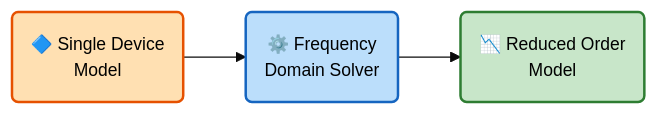
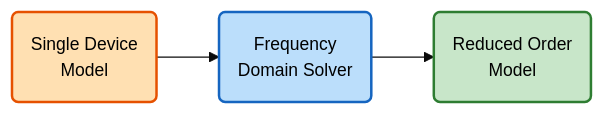
One commit to Dark-Elektron/cavsim3d changed the first of 6 diagrams in docs/architecture.md. Above: the diagram before and after it, drawn with Mermaid. The commit also changed other lines of this file and 41 other files, not shown here.

````diff
--- a/docs/architecture.md
+++ b/docs/architecture.md
@@ -10,8 +10,8 @@
 ```mermaid
-%%{init: {'theme': 'base', 'themeVariables': {'fontSize': '14px'}}}%%
+%%{init: {'theme': 'base', 'themeVariables': {'fontSize': '14px', 'primaryColor': '#ffe0b2', 'primaryBorderColor': '#e65100', 'primaryTextColor': '#000'}}}%%
 graph LR
-    A1("🔷 Single Device<br/>Model"):::input --> B1("⚙️ Frequency<br/>Domain Solver"):::process --> C1("📉 Reduced Order<br/>Model"):::output
+    A1("Single Device<br/>Model"):::input --> B1("Frequency<br/>Domain Solver"):::process --> C1("Reduced Order<br/>Model"):::output
     classDef input fill:#ffe0b2,stroke:#e65100,stroke-width:2px,color:#000
     classDef process fill:#bbdefb,stroke:#1565c0,stroke-width:2px,color:#000
     classDef output fill:#c8e6c9,stroke:#2e7d32,stroke-width:2px,color:#000
 ```
````
